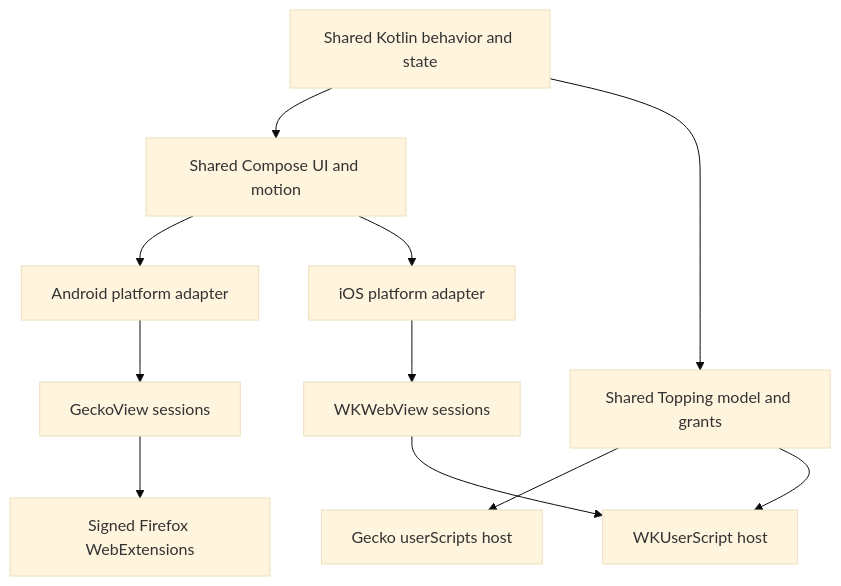
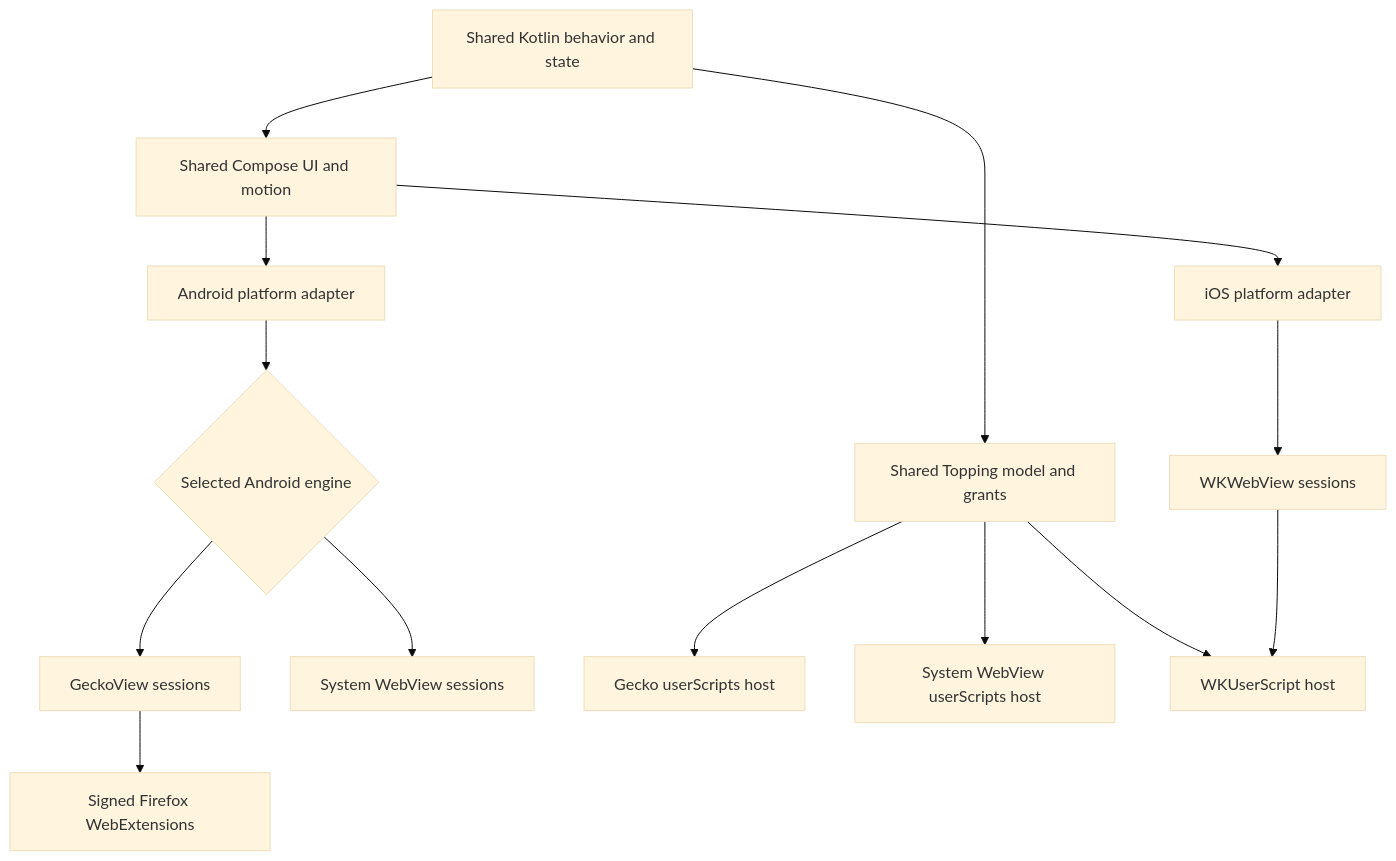
One commit to sk2andy/candy-browser changed the diagram in README.md. Above: the diagram before and after it, drawn with Mermaid (base theme). The commit also changed other lines of this file and 5 other files, not shown here.

````diff
--- a/README.md
+++ b/README.md
@@ -113,13 +119,16 @@
 ```mermaid
 flowchart TD
     K[Shared Kotlin behavior and state] --> C[Shared Compose UI and motion]
     C --> A[Android platform adapter]
     C --> I[iOS platform adapter]
-    A --> G[GeckoView sessions]
+    A --> E{Selected Android engine}
+    E --> G[GeckoView sessions]
+    E --> S[System WebView sessions]
     G --> F[Signed Firefox WebExtensions]
     K --> T[Shared Topping model and grants]
     T --> GT[Gecko userScripts host]
+    T --> ST[System WebView userScripts host]
     T --> WT[WKUserScript host]
     I --> W[WKWebView sessions]
     W --> WT
 ```
````
